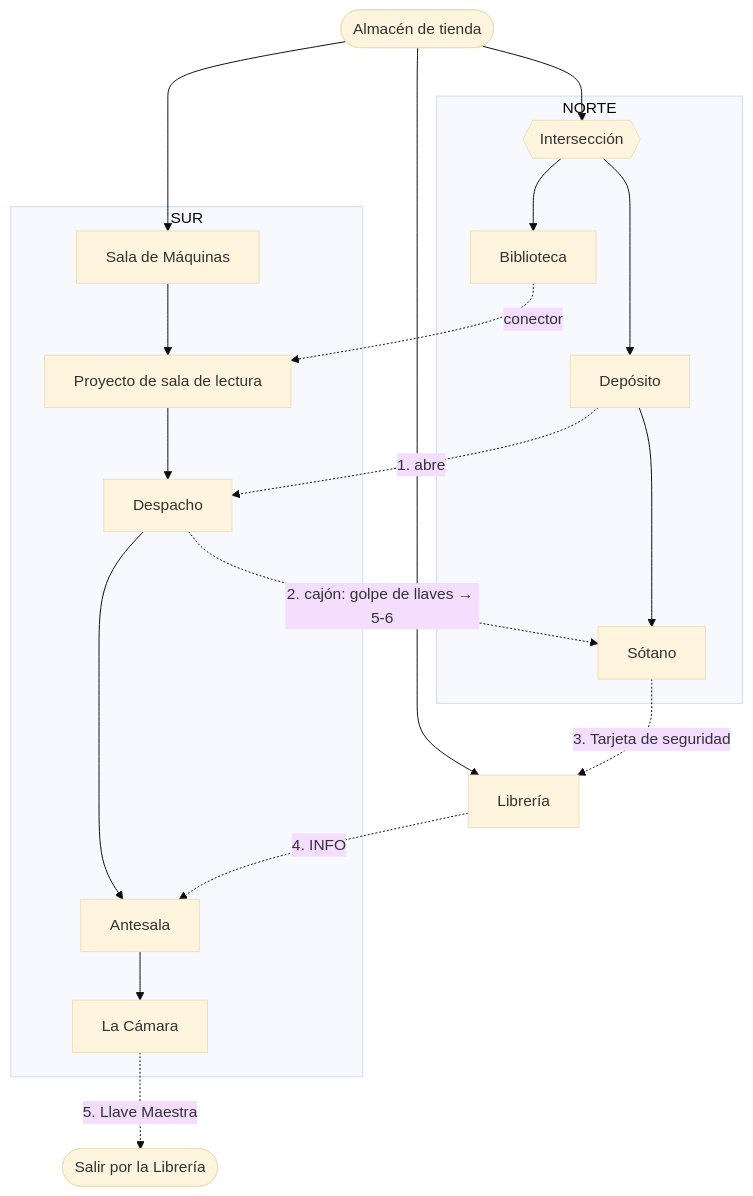
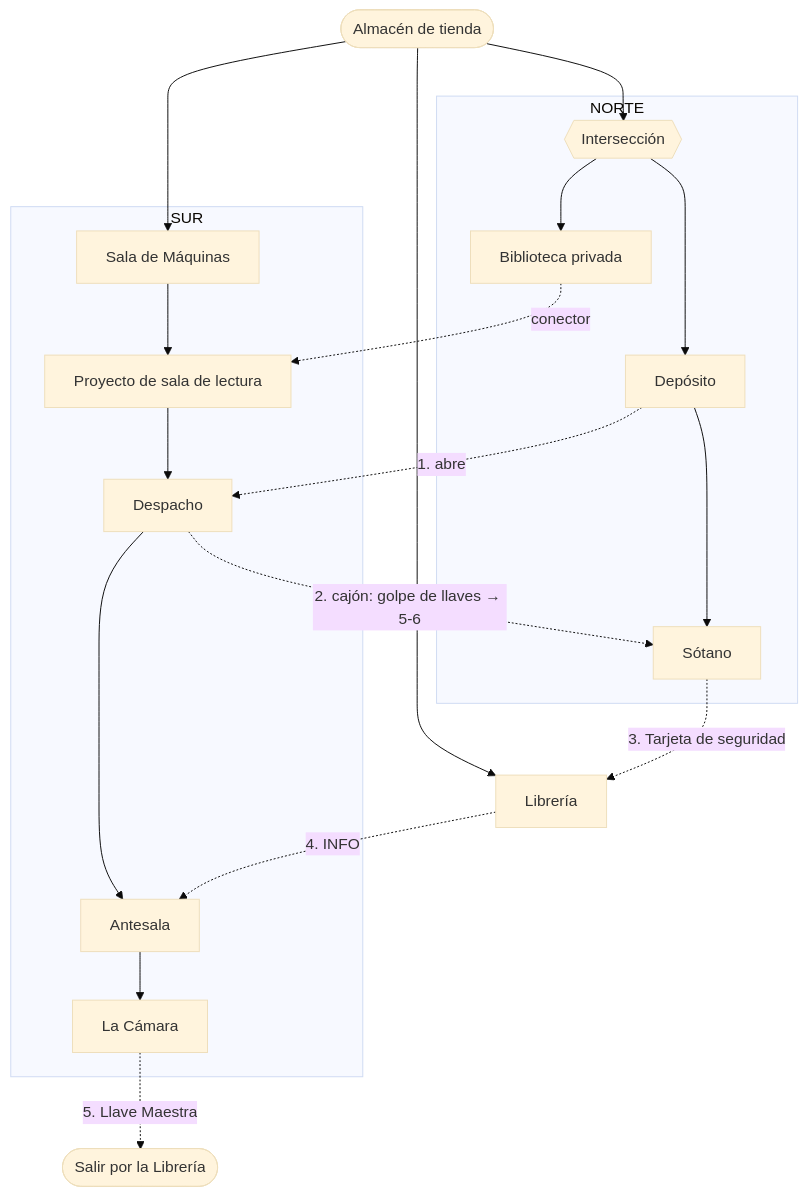
One commit to albcantero/yai-game changed the diagram in docs/hoja-de-ruta.md. Above: the diagram before and after it, drawn with Mermaid (base theme). The commit also changed other lines of this file and 1 other file, not shown here.

Commit message:
minimap/docs: Biblioteca -> Biblioteca privada (codigo + hoja de ruta)

````diff
--- a/docs/hoja-de-ruta.md
+++ b/docs/hoja-de-ruta.md
@@ -59,37 +59,37 @@
 ```mermaid
 flowchart TD
     A([Almacén de tienda])
 
     subgraph NORTE
         INT{{Intersección}}
-        BIB[Biblioteca]
+        BIB[Biblioteca privada]
         DEP[Depósito]
         SOT[Sótano]
         INT --> BIB
         INT --> DEP
         DEP --> SOT
     end
 
     subgraph SUR
         MAQ[Sala de Máquinas]
         PROY[Proyecto de sala de lectura]
         DESP[Despacho]
         ANT[Antesala]
         CAM[La Cámara]
         MAQ --> PROY
         PROY --> DESP
         DESP --> ANT
         ANT --> CAM
     end
 
     A --> INT
     A --> MAQ
     A --> LIB[Librería]
     BIB -.->|conector| PROY
 
     DEP -.->|1. abre| DESP
     DESP -.->|2. cajón: golpe de llaves → 5-6| SOT
     SOT -.->|3. Tarjeta de seguridad| LIB
     LIB -.->|4. INFO| ANT
     CAM -.->|5. Llave Maestra| SAL([Salir por la Librería])
 ```
````
